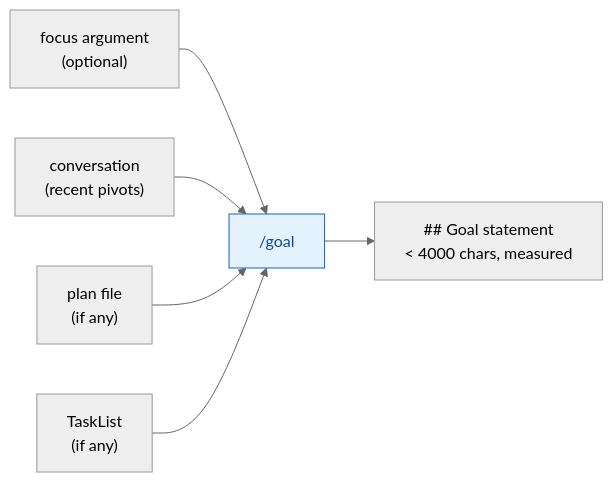
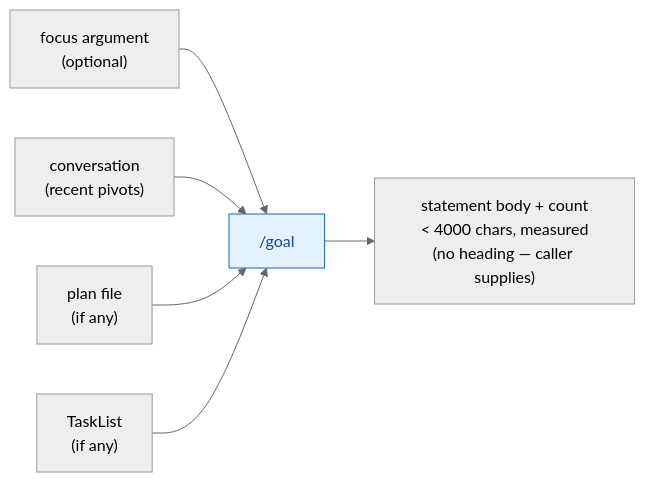
The second of 2 diagrams in ai-cli-harness-better-practices/ARCHITECTURE.md (dryvist/claude-code-plugins), drawn with Mermaid (neutral theme) before and after one commit. The commit also changed other lines of this file and 5 other files, not shown here.

````diff
--- a/ai-cli-harness-better-practices/ARCHITECTURE.md
+++ b/ai-cli-harness-better-practices/ARCHITECTURE.md
@@ -111,10 +118,10 @@
 ```mermaid
 flowchart LR
     classDef ai fill:#e3f2fd,stroke:#1565c0,color:#0d47a1
 
     args["focus argument\n(optional)"] --> goal
     convo["conversation\n(recent pivots)"] --> goal
     plan["plan file\n(if any)"] --> goal
     tasks["TaskList\n(if any)"] --> goal
-    goal["/goal"]:::ai --> out["## Goal statement\n< 4000 chars, measured"]
+    goal["/goal"]:::ai --> out["statement body + count\n< 4000 chars, measured\n(no heading — caller supplies)"]
 ```
````
